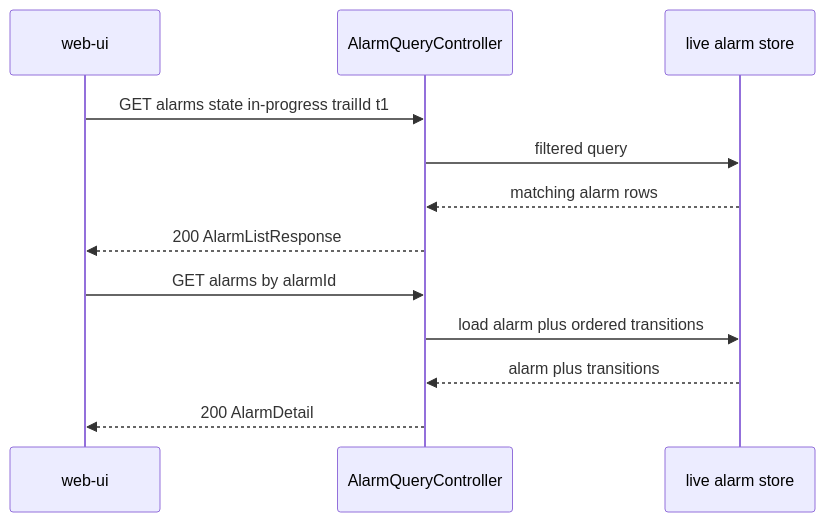
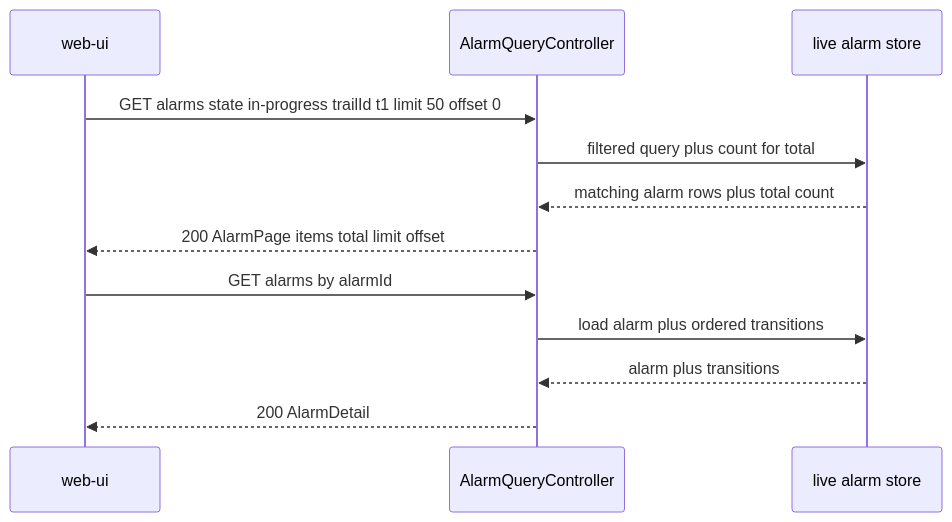
Before and after one commit to nikhilmohan/correlation-platform: the sixth of 7 diagrams in services/alarm-manager/design.md, drawn with Mermaid. The commit also changed other lines of this file and 1 other file, not shown here.

First line of the commit message:
design(alarm-manager): standardize GET /alarms to canonical {items,total,limit,offset} envelope (P3-G3)

````diff
--- a/services/alarm-manager/design.md
+++ b/services/alarm-manager/design.md
@@ -483,14 +493,14 @@
 ```mermaid
 sequenceDiagram
   participant UI as web-ui
   participant API as AlarmQueryController
   participant DB as live alarm store
-  UI->>API: GET alarms state in-progress trailId t1
-  API->>DB: filtered query
-  DB-->>API: matching alarm rows
-  API-->>UI: 200 AlarmListResponse
+  UI->>API: GET alarms state in-progress trailId t1 limit 50 offset 0
+  API->>DB: filtered query plus count for total
+  DB-->>API: matching alarm rows plus total count
+  API-->>UI: 200 AlarmPage items total limit offset
   UI->>API: GET alarms by alarmId
   API->>DB: load alarm plus ordered transitions
   DB-->>API: alarm plus transitions
   API-->>UI: 200 AlarmDetail
 ```
````
